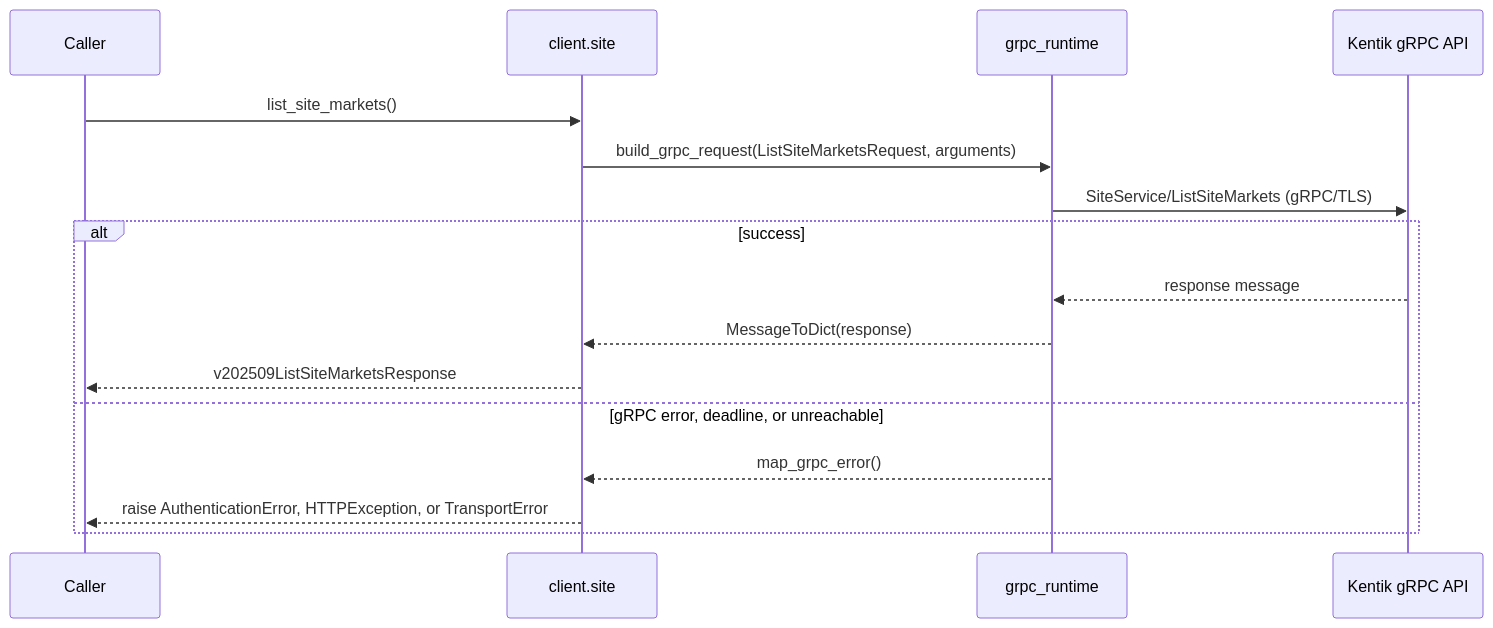
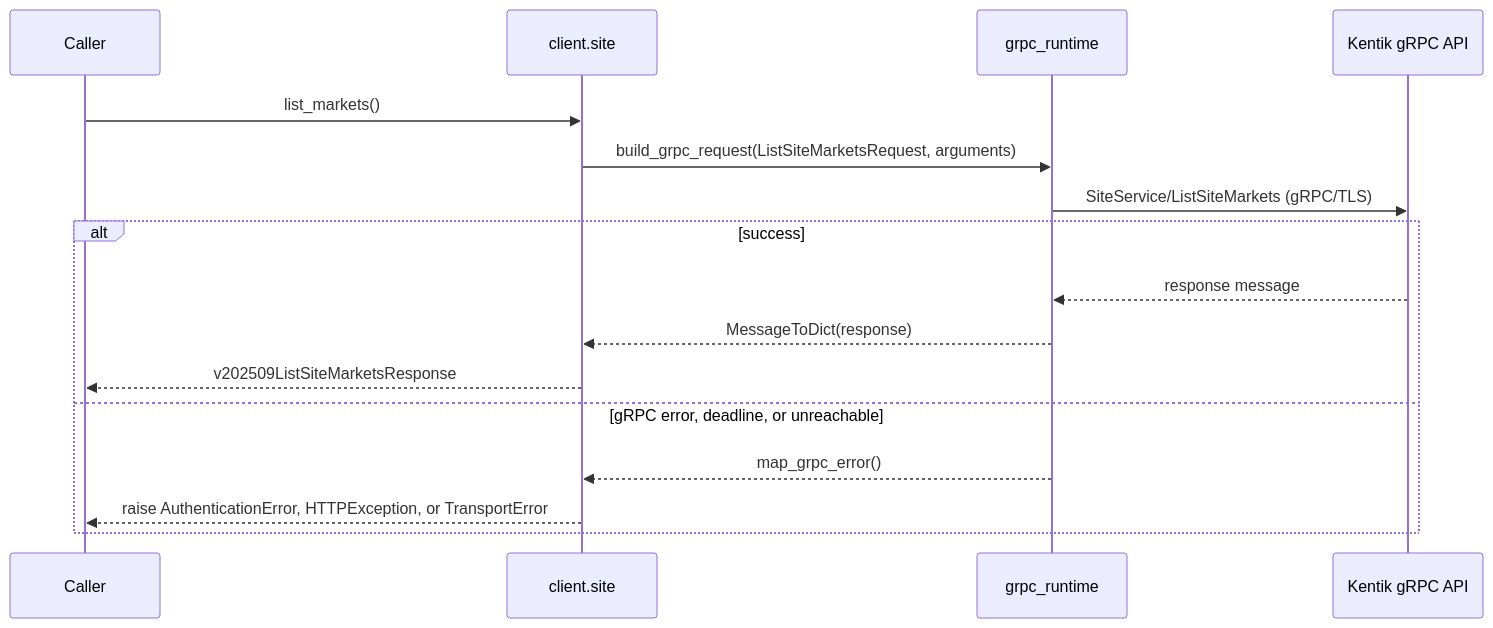
The third of 22 diagrams in docs/sphinx/services/site.md (alexdearaujo/community_sdk_python), drawn with Mermaid before and after one commit. The commit also changed other lines of this file and 28 other files, not shown here.

````diff
--- a/docs/sphinx/services/site.md
+++ b/docs/sphinx/services/site.md
@@ -59,19 +59,19 @@
 ```mermaid
 sequenceDiagram
     participant C as Caller
     participant W as client.site
     participant R as grpc_runtime
     participant API as Kentik gRPC API
 
-    C->>W: list_site_markets()
+    C->>W: list_markets()
     W->>R: build_grpc_request(ListSiteMarketsRequest, arguments)
     R->>API: SiteService/ListSiteMarkets (gRPC/TLS)
     alt success
         API-->>R: response message
         R-->>W: MessageToDict(response)
         W-->>C: v202509ListSiteMarketsResponse
     else gRPC error, deadline, or unreachable
         R-->>W: map_grpc_error()
         W-->>C: raise AuthenticationError, HTTPException, or TransportError
     end
 ```
````
